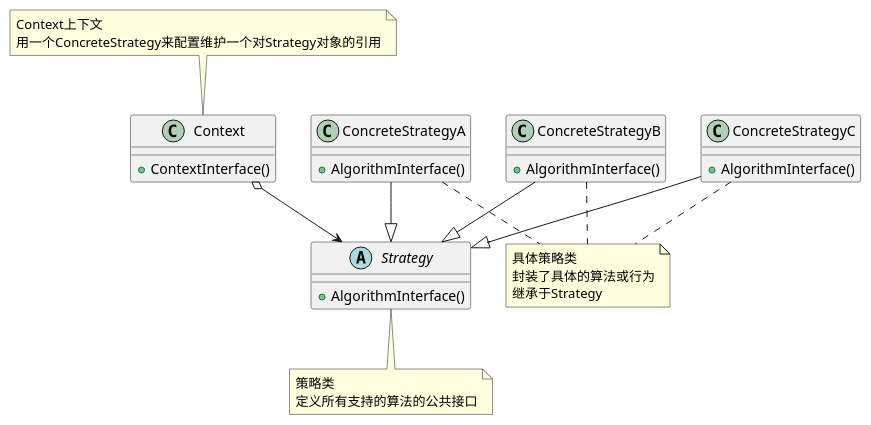
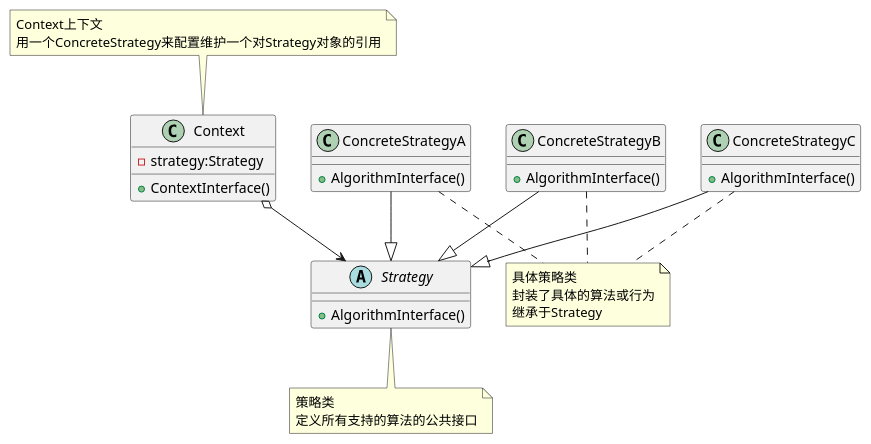
Before and after one commit to qq46128558/sample: the diagram in design-mode/strategy.md, drawn with PlantUML. The commit also changed 2 other files, not shown here.

Commit message:
Sample code improved: M design-mode/strategy.md ?? design-mode/base.md ?? design-mode/visitor.md

````diff
--- a/design-mode/strategy.md
+++ b/design-mode/strategy.md
@@ -11,31 +11,32 @@
 ```uml
 @startuml
 class Context{
+    -strategy:Strategy
     +ContextInterface()
 }
 abstract class Strategy{
     +AlgorithmInterface()
 }
 class ConcreteStrategyA{
     +AlgorithmInterface()
 }
 class ConcreteStrategyB{
     +AlgorithmInterface()
 }
 class ConcreteStrategyC{
     +AlgorithmInterface()
 }
 
 note top of Context: Context上下文\n用一个ConcreteStrategy来配置维护一个对Strategy对象的引用
 Context o--> Strategy
 note bottom of Strategy: 策略类\n定义所有支持的算法的公共接口
 ConcreteStrategyA --|> Strategy
 ConcreteStrategyB --|> Strategy
 ConcreteStrategyC --|> Strategy
 note "具体策略类\n封装了具体的算法或行为\n继承于Strategy" as n1
 ConcreteStrategyA..n1
 ConcreteStrategyB..n1
 ConcreteStrategyC..n1
 
 @enduml
 ```
````
